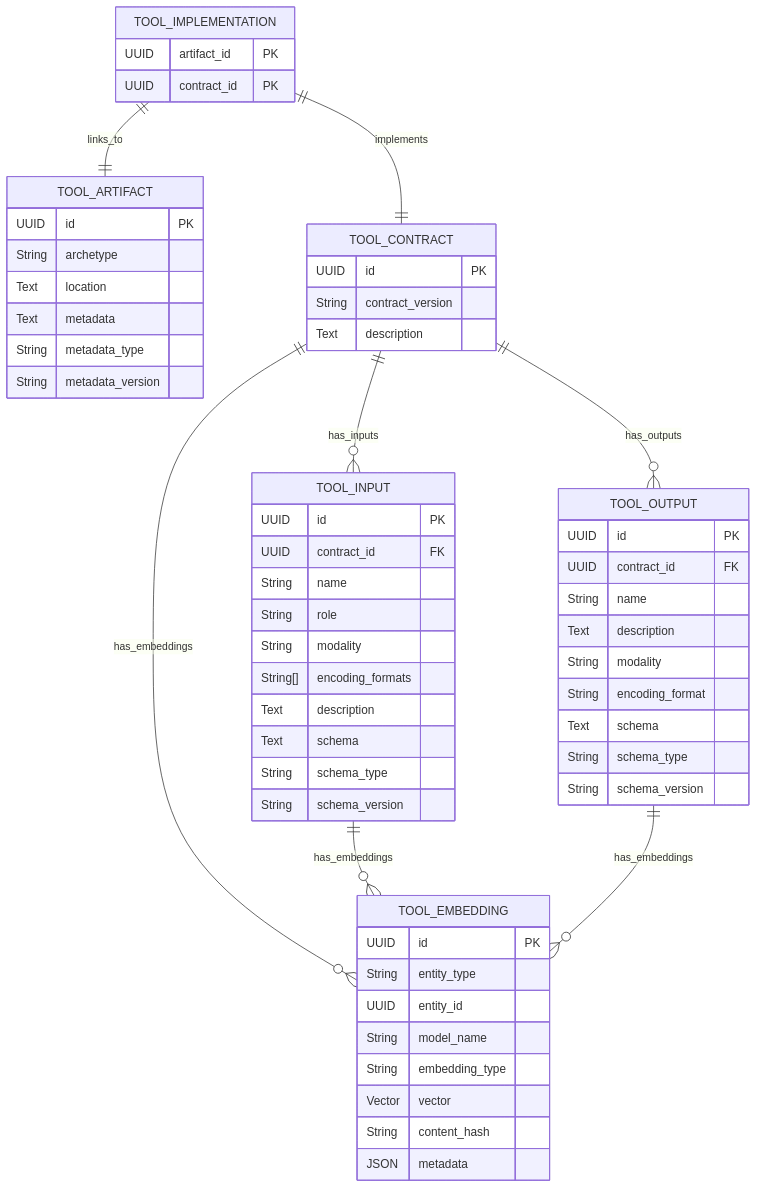
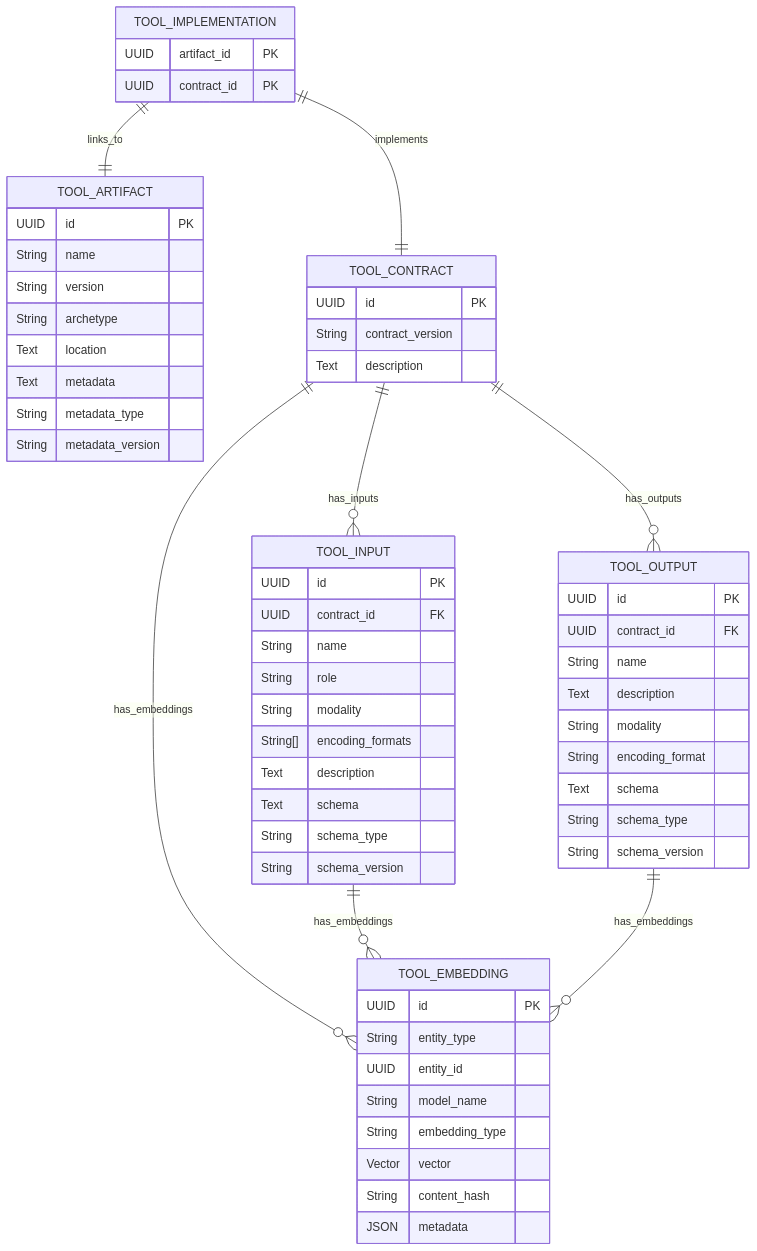
Before and after one commit to EOSC-Data-Commons/toolmeta-models: the diagram in README.md, drawn with Mermaid. The commit also changed 1 other file, not shown here.

Commit message:
Update models

````diff
--- a/README.md
+++ b/README.md
@@ -6,71 +6,73 @@
 ```mermaid
 erDiagram
     %% Root table
     TOOL_IMPLEMENTATION {
         UUID artifact_id PK
         UUID contract_id PK
     }
     
     %% Artefact table
    TOOL_ARTIFACT {
         UUID id PK
+        String name
+        String version
         String archetype
         Text location
         Text metadata
         String metadata_type
         String metadata_version
     }
     
     %% Tool contract table
     TOOL_CONTRACT {
         UUID id PK
         String contract_version
         Text description
     }
 
     TOOL_EMBEDDING {
         UUID id PK
         String entity_type
         UUID entity_id 
         String model_name
         String embedding_type
         Vector vector
         String content_hash
         JSON metadata
     }
     
     %% Inputs and outputs
     TOOL_INPUT {
         UUID id PK
         UUID contract_id FK
         String name
         String role
         String modality
         String[] encoding_formats
         Text description
         Text schema
         String schema_type
         String schema_version
     }
     
     TOOL_OUTPUT {
         UUID id PK
         UUID contract_id FK
         String name
         Text description
         String modality
         String encoding_format
         Text schema
         String schema_type
         String schema_version
     }
     
     %% Relationships
     TOOL_IMPLEMENTATION ||--|| TOOL_ARTIFACT : links_to
     TOOL_IMPLEMENTATION ||--|| TOOL_CONTRACT : implements
     TOOL_CONTRACT ||--o{ TOOL_EMBEDDING : has_embeddings
     TOOL_INPUT ||--o{ TOOL_EMBEDDING : has_embeddings
     TOOL_OUTPUT ||--o{ TOOL_EMBEDDING : has_embeddings
     TOOL_CONTRACT ||--o{ TOOL_INPUT : has_inputs
     TOOL_CONTRACT ||--o{ TOOL_OUTPUT : has_outputs
 ```
````
